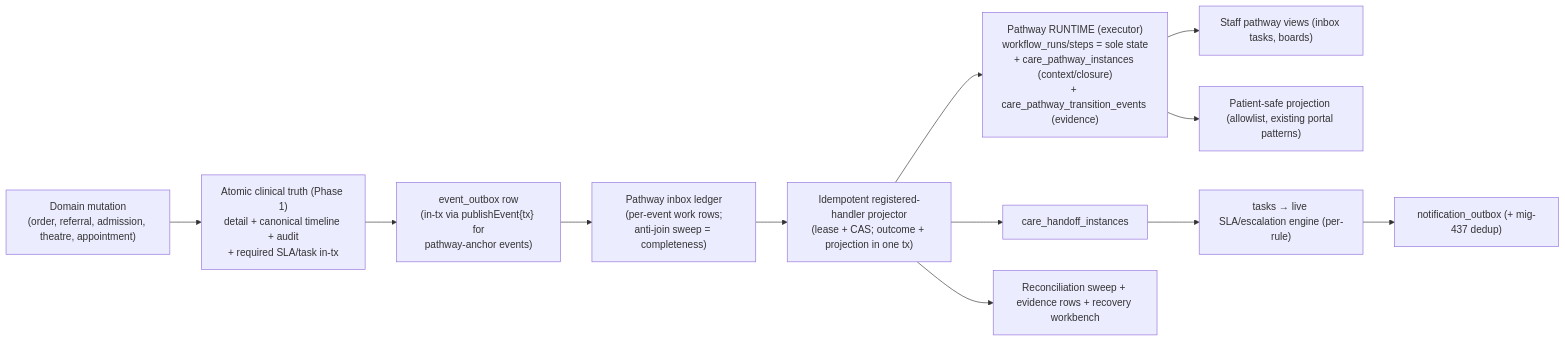
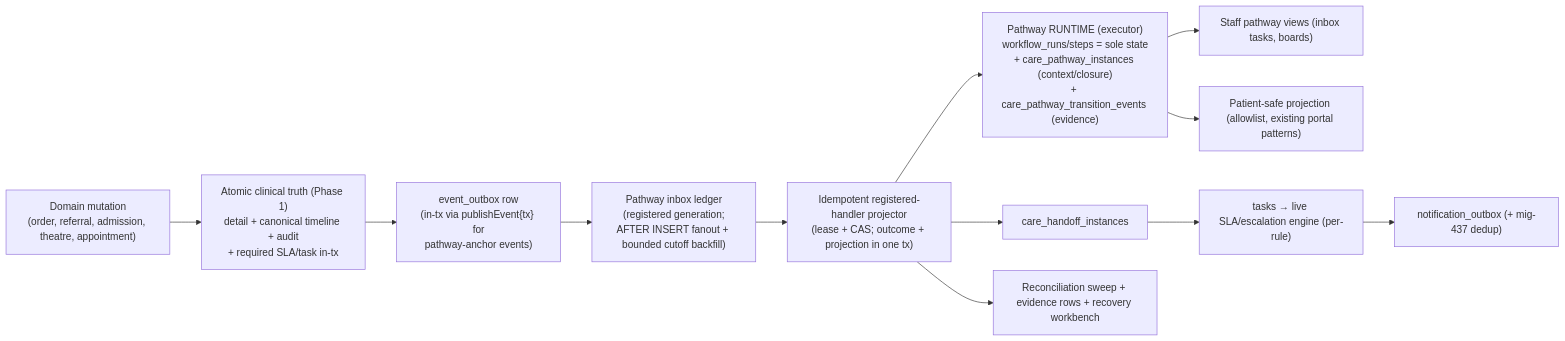
One commit to Bahuleyandr/VH-Health-Platform changed the diagram in docs/superpowers/specs/2026-07-14-unified-care-pathways-program-design.md. Above: the diagram before and after it, drawn with Mermaid. The commit also changed other lines of this file and 25 other files, not shown here.

````diff
--- a/docs/superpowers/specs/2026-07-14-unified-care-pathways-program-design.md
+++ b/docs/superpowers/specs/2026-07-14-unified-care-pathways-program-design.md
@@ -146,14 +148,14 @@
 ```mermaid
 flowchart LR
     A["Domain mutation<br/>(order, referral, admission, theatre, appointment)"] --> B["Atomic clinical truth (Phase 1)<br/>detail + canonical timeline + audit<br/>+ required SLA/task in-tx"]
     B --> C["event_outbox row<br/>(in-tx via publishEvent{tx} for<br/>pathway-anchor events)"]
-    C --> D["Pathway inbox ledger<br/>(per-event work rows;<br/>anti-join sweep = completeness)"]
+    C --> D["Pathway inbox ledger<br/>(registered generation;<br/>AFTER INSERT fanout + bounded cutoff backfill)"]
     D --> E["Idempotent registered-handler projector<br/>(lease + CAS; outcome + projection in one tx)"]
     E --> F["Pathway RUNTIME (executor)<br/>workflow_runs/steps = sole state<br/>+ care_pathway_instances (context/closure)<br/>+ care_pathway_transition_events (evidence)"]
     E --> G["care_handoff_instances"]
     F --> H["Staff pathway views (inbox tasks, boards)"]
     F --> I["Patient-safe projection (allowlist, existing portal patterns)"]
     G --> J["tasks → live SLA/escalation engine (per-rule)"]
     J --> K["notification_outbox (+ mig-437 dedup)"]
     E --> L["Reconciliation sweep + evidence rows + recovery workbench"]
 ```
````
